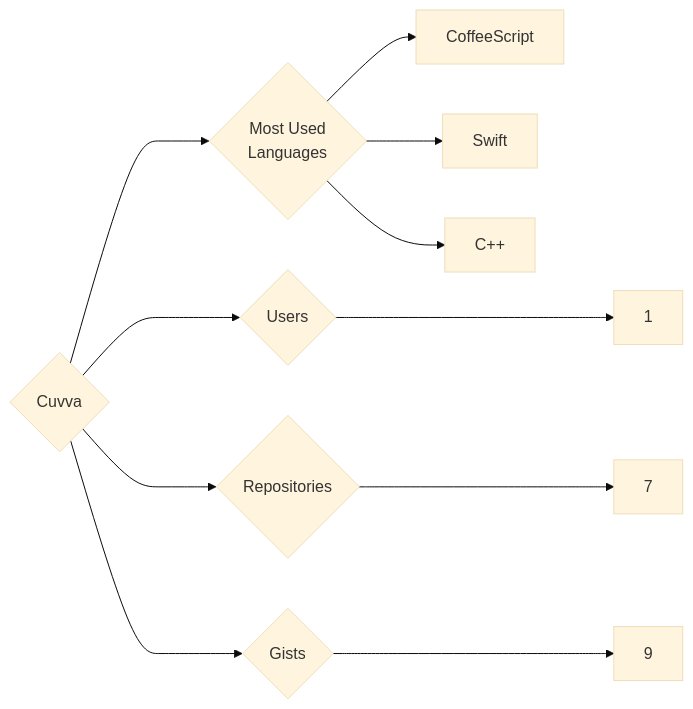
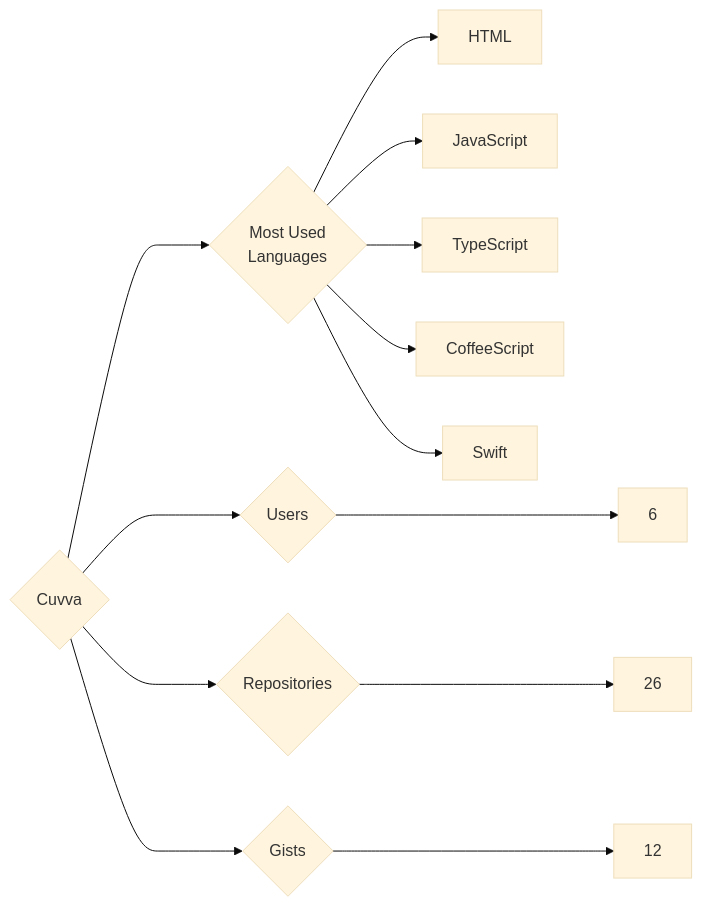
Before and after one commit to trickest/insiders: the diagram in targets/Cuvva/README.md, drawn with Mermaid (base theme). The commit also changed 998 other files, not shown here.

````diff
--- a/targets/Cuvva/README.md
+++ b/targets/Cuvva/README.md
@@ -3,11 +3,13 @@
 ```mermaid
 graph LR
 COMPANY_NAME{Cuvva}
-COMPANY_NAME ---> U{Users} ---> UN[1]
-COMPANY_NAME ---> R{Repositories} ---> RN[7]
-COMPANY_NAME ---> G{Gists} ---> GN[9]
+COMPANY_NAME ---> U{Users} ---> UN[6]
+COMPANY_NAME ---> R{Repositories} ---> RN[26]
+COMPANY_NAME ---> G{Gists} ---> GN[12]
 COMPANY_NAME ---> ML{Most Used<br>Languages}
+ML --> HTML[HTML]
+ML --> JavaScript[JavaScript]
+ML --> TypeScript[TypeScript]
 ML --> CoffeeScript[CoffeeScript]
 ML --> Swift[Swift]
-ML --> C++[C++]
 ```
````
